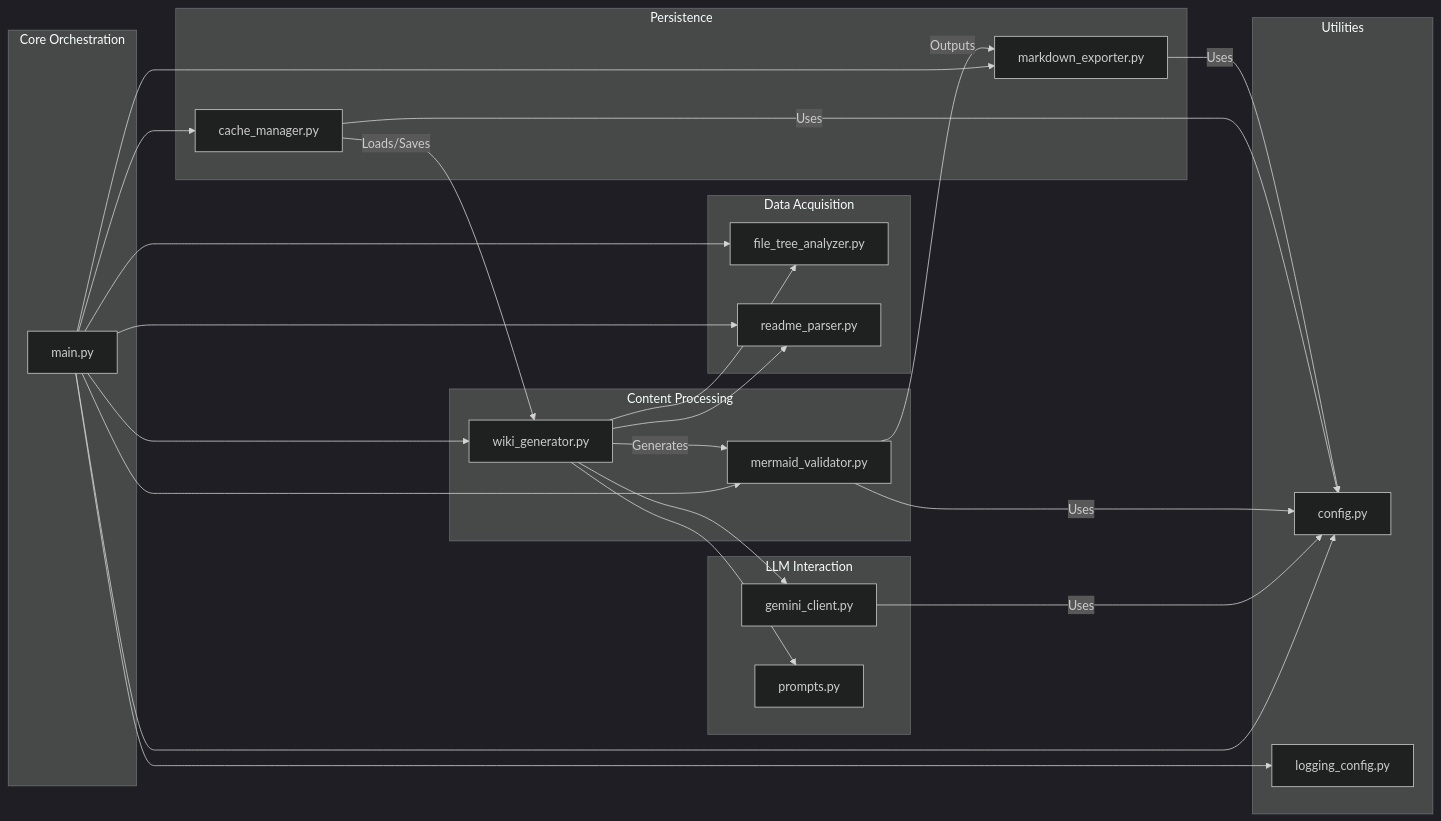
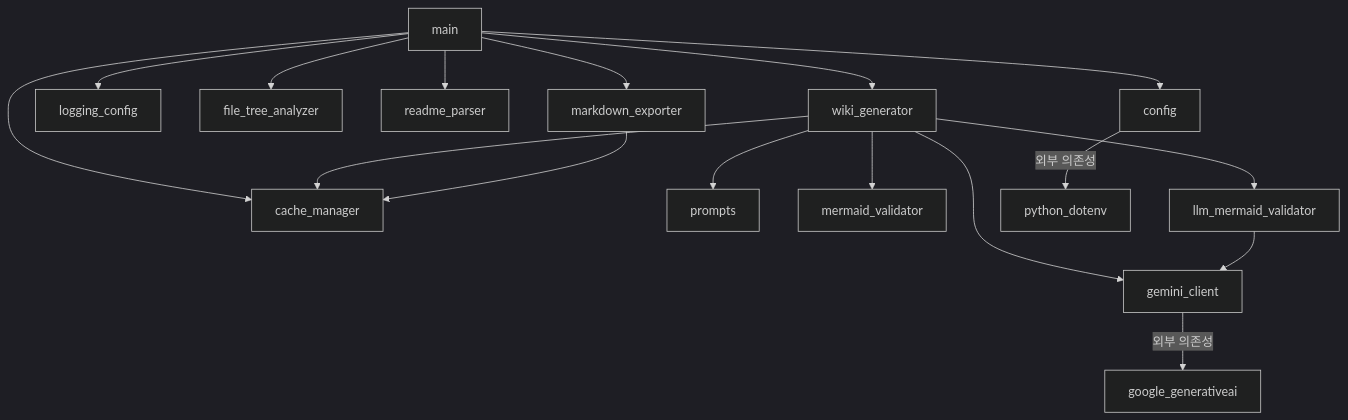
The third of 5 diagrams in python_kb/.adalflow/wikicache/python_kb/architecture.md (woosikseol/deepwiki-open), drawn with Mermaid (dark theme) before and after one commit. The commit also changed other lines of this file and 25 other files, not shown here.

````diff
--- a/python_kb/.adalflow/wikicache/python_kb/architecture.md
+++ b/python_kb/.adalflow/wikicache/python_kb/architecture.md
@@ -78,45 +91,23 @@
 ```mermaid
-graph LR
-subgraph Core Orchestration
-main.py
-end
-subgraph Data Acquisition
-file_tree_analyzer.py
-readme_parser.py
-end
-subgraph LLM Interaction
-gemini_client.py
-prompts.py
-end
-subgraph Content Processing
-wiki_generator.py
-mermaid_validator.py
-end
-subgraph Persistence
-cache_manager.py
-markdown_exporter.py
-end
-subgraph Utilities
-config.py
-logging_config.py
-end
-main.py --> config.py
-main.py --> logging_config.py
-main.py --> file_tree_analyzer.py
-main.py --> readme_parser.py
-main.py --> cache_manager.py
-main.py --> wiki_generator.py
-main.py --> mermaid_validator.py
-main.py --> markdown_exporter.py
-wiki_generator.py --> file_tree_analyzer.py
-wiki_generator.py --> readme_parser.py
-wiki_generator.py --> gemini_client.py
-wiki_generator.py --> prompts.py
-gemini_client.py -- "Uses" --> config.py
-mermaid_validator.py -- "Uses" --> config.py
-cache_manager.py -- "Uses" --> config.py
-markdown_exporter.py -- "Uses" --> config.py
-cache_manager.py -- "Loads/Saves" --> wiki_generator.py
-wiki_generator.py -- "Generates" --> mermaid_validator.py
-mermaid_validator.py -- "Outputs" --> markdown_exporter.py
+graph TD
+    main --> config
+    main --> logging_config
+    main --> file_tree_analyzer
+    main --> readme_parser
+    main --> wiki_generator
+    main --> cache_manager
+    main --> markdown_exporter
+
+    wiki_generator --> gemini_client
+    wiki_generator --> prompts
+    wiki_generator --> cache_manager
+    wiki_generator --> mermaid_validator
+    wiki_generator --> llm_mermaid_validator
+
+    llm_mermaid_validator --> gemini_client
+
+    markdown_exporter --> cache_manager
+
+    gemini_client -- "외부 의존성" --> google_generativeai
+    config -- "외부 의존성" --> python_dotenv
 ```
````
